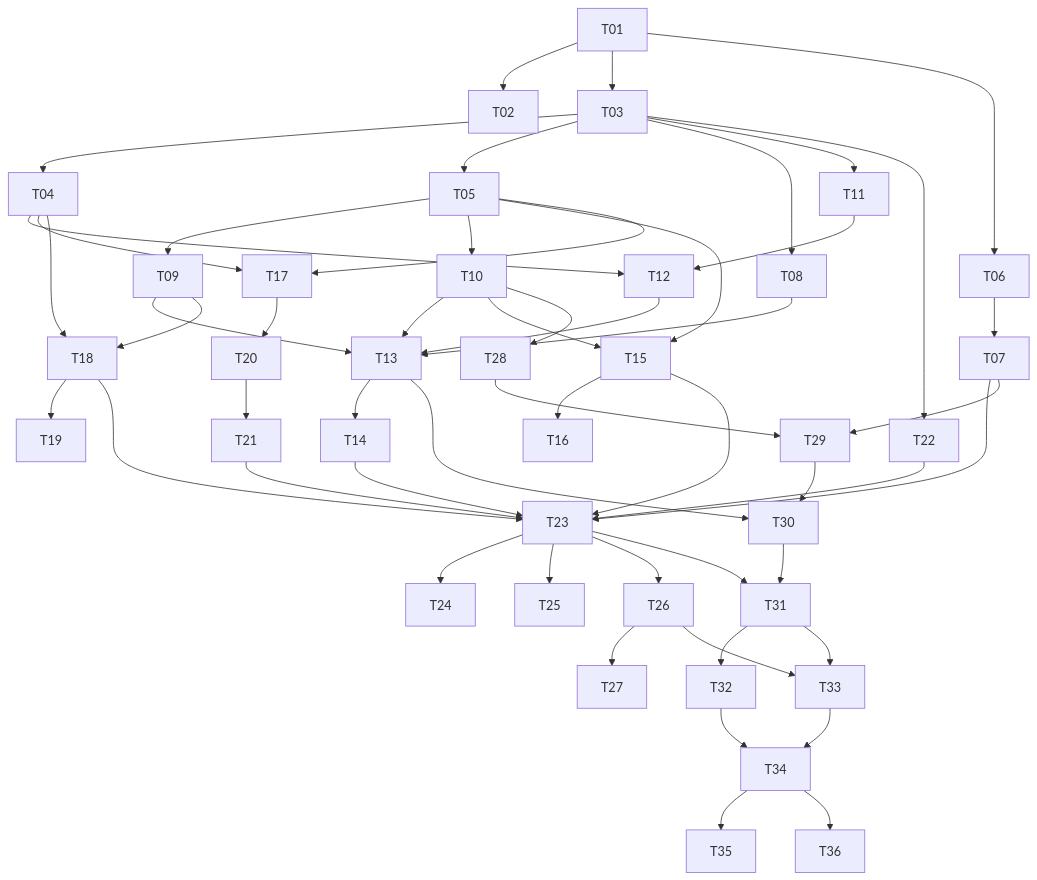
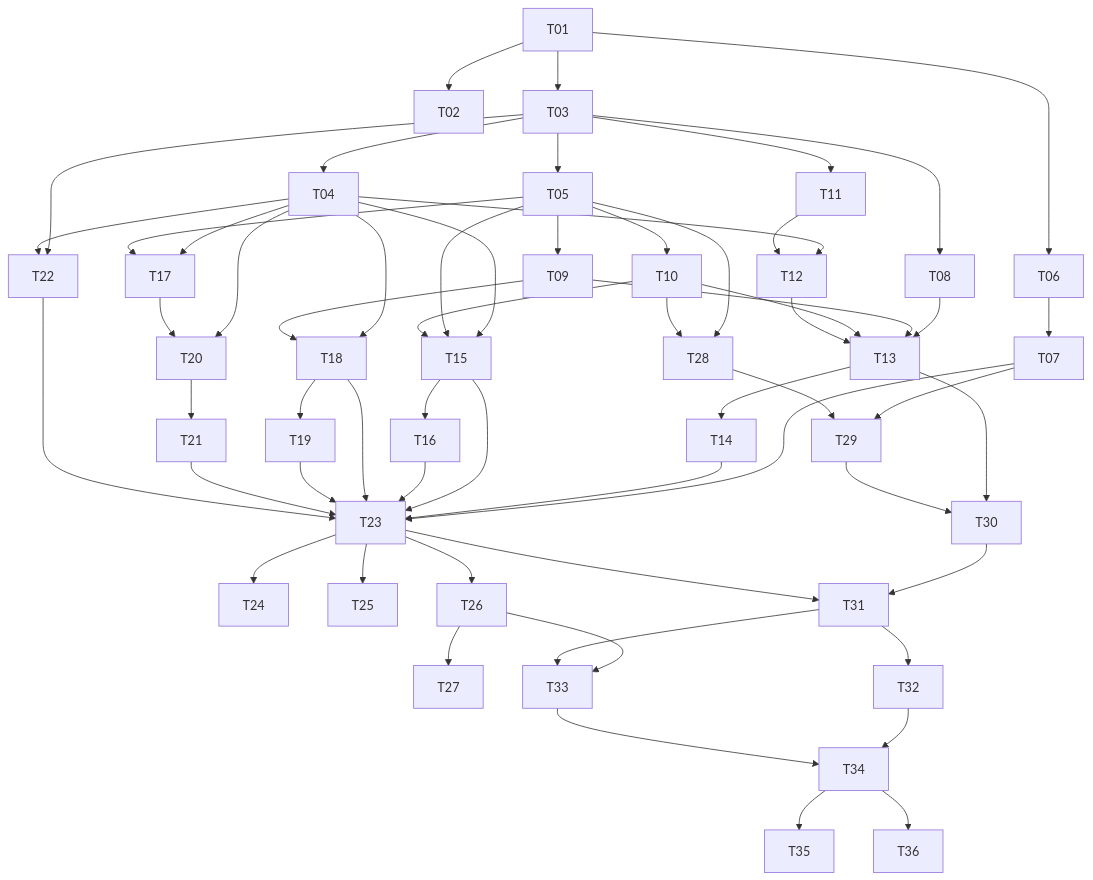
One commit to agentsky/agent-core changed the diagram in docs/tasks-plan.md. Above: the diagram before and after it, drawn with Mermaid. The commit also changed other lines of this file, not shown here.

````diff
--- a/docs/tasks-plan.md
+++ b/docs/tasks-plan.md
@@ -302,55 +340,61 @@
 ```mermaid
 graph TD
     T01 --> T02
     T01 --> T03
-    T01 --> T06
     T03 --> T04
     T03 --> T05
+    T01 --> T06
+    T06 --> T07
     T03 --> T08
-    T03 --> T11
-    T06 --> T07
     T05 --> T09
     T05 --> T10
+    T03 --> T11
     T04 --> T12
     T11 --> T12
     T08 --> T13
     T09 --> T13
     T10 --> T13
     T12 --> T13
     T13 --> T14
+    T04 --> T15
     T05 --> T15
     T10 --> T15
     T15 --> T16
     T04 --> T17
     T05 --> T17
     T04 --> T18
     T09 --> T18
     T18 --> T19
+    T04 --> T20
     T17 --> T20
     T20 --> T21
     T03 --> T22
+    T04 --> T22
     T07 --> T23
     T14 --> T23
     T15 --> T23
+    T16 --> T23
     T18 --> T23
+    T19 --> T23
     T21 --> T23
     T22 --> T23
     T23 --> T24
     T23 --> T25
     T23 --> T26
     T26 --> T27
+    T05 --> T28
     T10 --> T28
+    T07 --> T29
     T28 --> T29
-    T07 --> T29
     T13 --> T30
     T29 --> T30
     T30 --> T31
     T23 --> T31
     T31 --> T32
     T26 --> T33
     T31 --> T33
     T32 --> T34
     T33 --> T34
     T34 --> T35
     T34 --> T36
 ```
````
